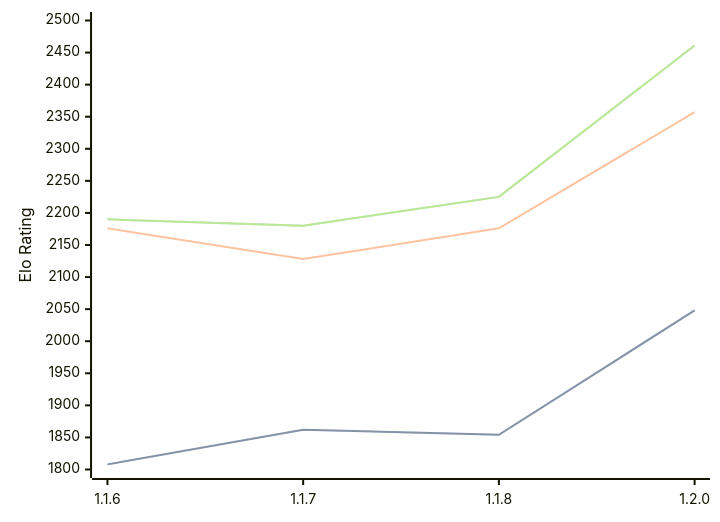
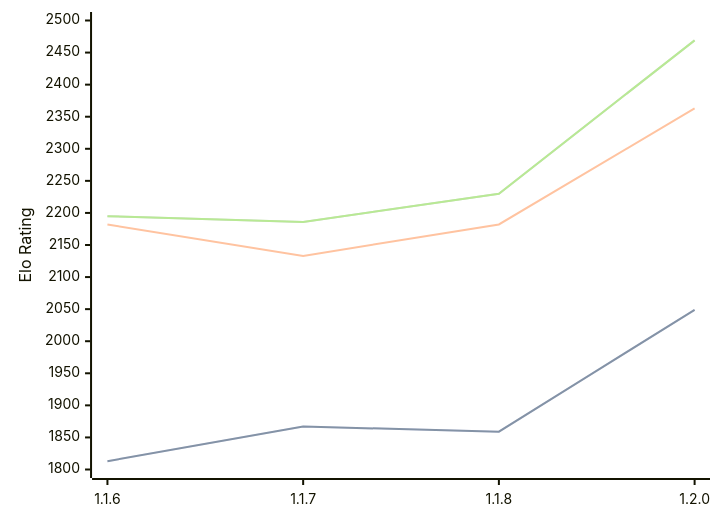
The diagram in engines/Soomi.md (computer-chess-index/cci), drawn with Mermaid before and after one commit. The commit also changed other lines of this file, not shown here.

Commit message:
Update CCI Ratings (ELO VLTC) - 2026-04-14

````diff
--- a/engines/Soomi.md
+++ b/engines/Soomi.md
@@ -34,11 +34,11 @@
 ```mermaid
 %%{init: {"theme":"base","themeVariables":{"seriesColors:['#a3a3a3','#222221','#faa371']}}}%%
 xychart-beta
   x-axis ["1.1.6", "1.1.7", "1.1.8", "1.2.0"]
   y-axis "Elo Rating" 1800 --> 2500
-  line "STC (8.0+0.08s)" [1808, 1862, 1854, 2048]
-  line "STC (8.0+0.08s)" [1808, 1862, 1854, 2048]
-  line "LTC (60.0+0.60s)" [2176, 2128, 2176, 2357]
-  line "VLTC (2m24s+1.12s)" [2190, 2180, 2225, 2461]
-  line "VLTC (2m24s+1.12s)" [2190, 2180, 2225, 2461]
+  line "STC (8.0+0.08s)" [1813, 1867, 1859, 2049]
+  line "STC (8.0+0.08s)" [1813, 1867, 1859, 2049]
+  line "LTC (60.0+0.60s)" [2182, 2133, 2182, 2363]
+  line "VLTC (2m24s+1.12s)" [2195, 2186, 2230, 2469]
+  line "VLTC (2m24s+1.12s)" [2195, 2186, 2230, 2469]
 ```
````
